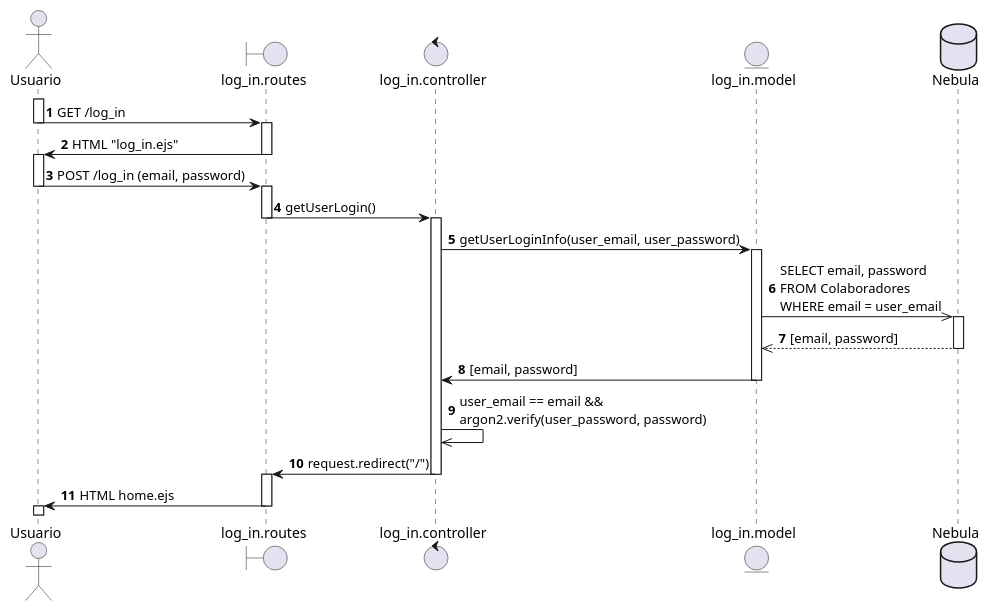
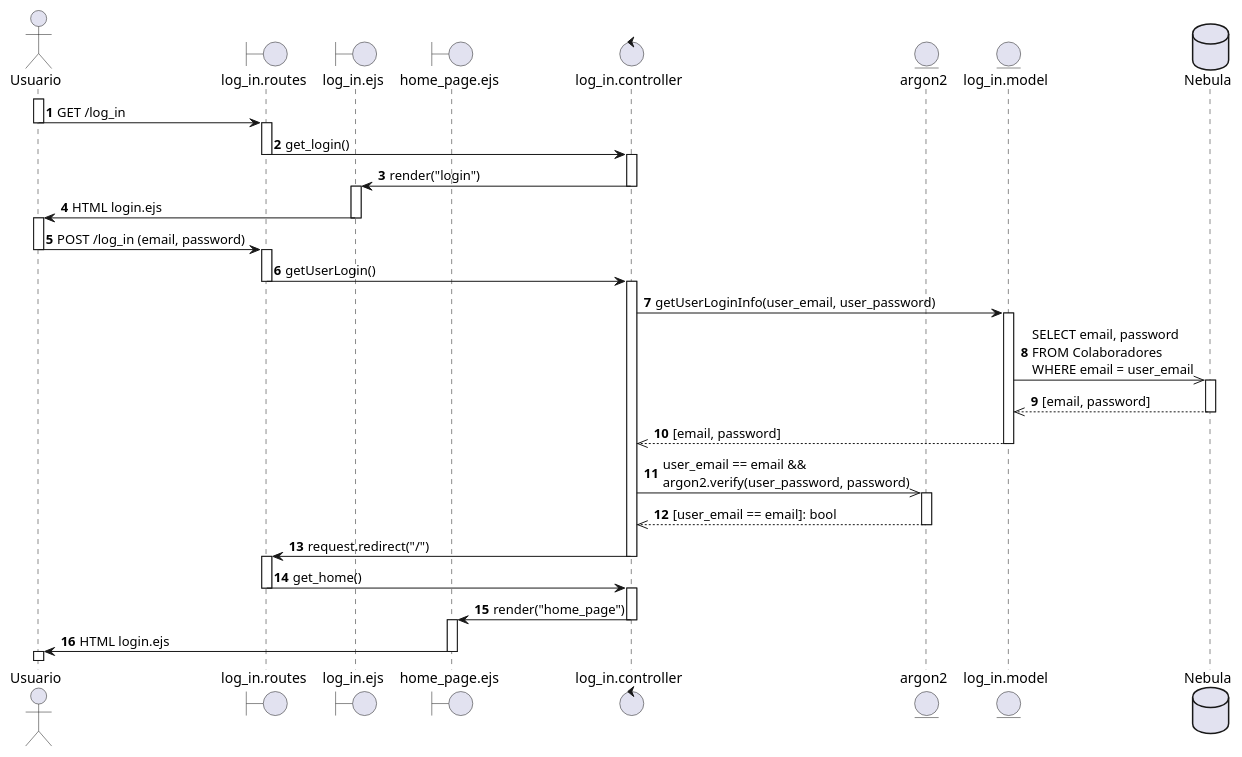
One commit to SALV19/Nebula_tc2005b changed the diagram in diagramas_secuencia/user_auth.puml. Above: the diagram before and after it, drawn with PlantUML.

Commit message:
[FIX] argon being it's own entity

```diff
--- a/diagramas_secuencia/user_auth.puml
+++ b/diagramas_secuencia/user_auth.puml
@@ -1,43 +1,63 @@
 @startuml Prueba
 autonumber
 actor Usuario as u
 boundary log_in.routes as lgr
+boundary log_in.ejs as lge
+boundary home_page.ejs as h
 control log_in.controller as lgc
+entity argon2 as argon
 entity log_in.model as lgm
 database Nebula as db
 
 activate u
 u -> lgr : GET /log_in
 deactivate u
 
 activate lgr
-lgr -> u : HTML "log_in.ejs"
+lgr -> lgc : get_login()
 deactivate lgr
+activate lgc
+lgc -> lge : render("login")
+deactivate lgc
+activate lge
+lge -> u : HTML login.ejs
+deactivate lge 
 
 activate u
 u -> lgr : POST /log_in (email, password)
 deactivate u
 
 activate lgr
 lgr -> lgc : getUserLogin()
 deactivate lgr
 
 activate lgc
 lgc -> lgm : getUserLoginInfo(user_email, user_password)
 activate lgm
 lgm ->> db : SELECT email, password \nFROM Colaboradores \nWHERE email = user_email
 activate db
 db -->> lgm : [email, password]
 deactivate db
-lgm -> lgc : [email, password]
+lgm -->> lgc : [email, password]
 deactivate lgm
-lgc ->> lgc : user_email == email && \nargon2.verify(user_password, password)
+lgc ->> argon : user_email == email && \nargon2.verify(user_password, password)
+activate argon
+argon -->> lgc : [user_email == email]: bool
+deactivate argon
 lgc -> lgr : request.redirect("/")
+deactivate lgc
 
+activate lgr
+lgr -> lgc : get_home()
+deactivate lgr
+activate lgc
+lgc -> h : render("home_page")
 deactivate lgc
-activate lgr
-lgr -> u : HTML home.ejs
-deactivate lgr
+activate h
+h -> u : HTML login.ejs
+deactivate h 
+
+
 activate u
 
 @enduml
```
